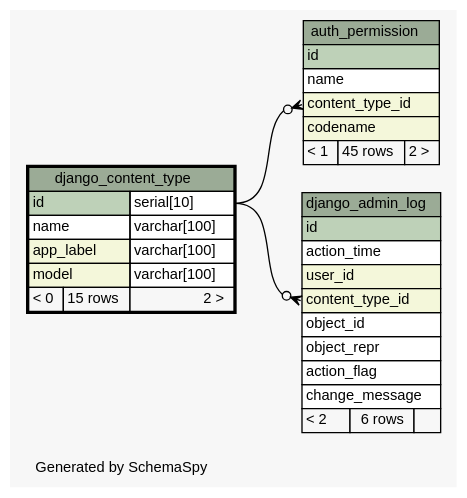
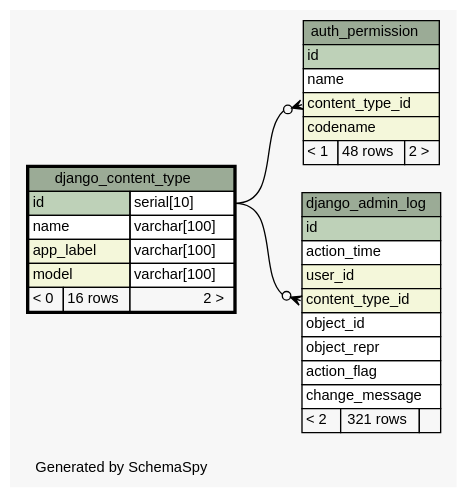
Before and after one commit to jingyayeah/multiscale-galactose: the diagram in database/schema/diagrams/django_content_type.1degree.dot, drawn with Graphviz. The commit also changed 108 other files, not shown here.

Commit message:
Updated database schema for the general implementation of integration settings

```diff
--- a/database/schema/diagrams/django_content_type.1degree.dot
+++ b/database/schema/diagrams/django_content_type.1degree.dot
@@ -1,67 +1,67 @@
 // dot 2.26.3 on Linux 3.11.0-12-generic
 // SchemaSpy rev 590
 digraph "oneDegreeRelationshipsDiagram" {
   graph [
     rankdir="RL"
     bgcolor="#f7f7f7"
     label="\nGenerated by SchemaSpy"
     labeljust="l"
     nodesep="0.18"
     ranksep="0.46"
     fontname="Helvetica"
     fontsize="11"
   ];
   node [
     fontname="Helvetica"
     fontsize="11"
     shape="plaintext"
   ];
   edge [
     arrowsize="0.8"
   ];
   "auth_permission":"content_type_id":w -> "django_content_type":"id.type":e [arrowhead=none dir=back arrowtail=crowodot];
   "django_admin_log":"content_type_id":w -> "django_content_type":"id.type":e [arrowhead=none dir=back arrowtail=crowodot];
   "auth_permission" [
     label=<
     <TABLE BORDER="0" CELLBORDER="1" CELLSPACING="0" BGCOLOR="#ffffff">
       <TR><TD COLSPAN="3" BGCOLOR="#9bab96" ALIGN="CENTER">auth_permission</TD></TR>
       <TR><TD PORT="id" COLSPAN="3" BGCOLOR="#bed1b8" ALIGN="LEFT">id</TD></TR>
       <TR><TD PORT="name" COLSPAN="3" ALIGN="LEFT">name</TD></TR>
       <TR><TD PORT="content_type_id" COLSPAN="3" BGCOLOR="#f4f7da" ALIGN="LEFT">content_type_id</TD></TR>
       <TR><TD PORT="codename" COLSPAN="3" BGCOLOR="#f4f7da" ALIGN="LEFT">codename</TD></TR>
-      <TR><TD ALIGN="LEFT" BGCOLOR="#f7f7f7">&lt; 1</TD><TD ALIGN="RIGHT" BGCOLOR="#f7f7f7">45 rows</TD><TD ALIGN="RIGHT" BGCOLOR="#f7f7f7">2 &gt;</TD></TR>
+      <TR><TD ALIGN="LEFT" BGCOLOR="#f7f7f7">&lt; 1</TD><TD ALIGN="RIGHT" BGCOLOR="#f7f7f7">48 rows</TD><TD ALIGN="RIGHT" BGCOLOR="#f7f7f7">2 &gt;</TD></TR>
     </TABLE>>
     URL="auth_permission.html"
     tooltip="auth_permission"
   ];
   "django_admin_log" [
     label=<
     <TABLE BORDER="0" CELLBORDER="1" CELLSPACING="0" BGCOLOR="#ffffff">
       <TR><TD COLSPAN="3" BGCOLOR="#9bab96" ALIGN="CENTER">django_admin_log</TD></TR>
       <TR><TD PORT="id" COLSPAN="3" BGCOLOR="#bed1b8" ALIGN="LEFT">id</TD></TR>
       <TR><TD PORT="action_time" COLSPAN="3" ALIGN="LEFT">action_time</TD></TR>
       <TR><TD PORT="user_id" COLSPAN="3" BGCOLOR="#f4f7da" ALIGN="LEFT">user_id</TD></TR>
       <TR><TD PORT="content_type_id" COLSPAN="3" BGCOLOR="#f4f7da" ALIGN="LEFT">content_type_id</TD></TR>
       <TR><TD PORT="object_id" COLSPAN="3" ALIGN="LEFT">object_id</TD></TR>
       <TR><TD PORT="object_repr" COLSPAN="3" ALIGN="LEFT">object_repr</TD></TR>
       <TR><TD PORT="action_flag" COLSPAN="3" ALIGN="LEFT">action_flag</TD></TR>
       <TR><TD PORT="change_message" COLSPAN="3" ALIGN="LEFT">change_message</TD></TR>
-      <TR><TD ALIGN="LEFT" BGCOLOR="#f7f7f7">&lt; 2</TD><TD ALIGN="RIGHT" BGCOLOR="#f7f7f7">6 rows</TD><TD ALIGN="RIGHT" BGCOLOR="#f7f7f7">  </TD></TR>
+      <TR><TD ALIGN="LEFT" BGCOLOR="#f7f7f7">&lt; 2</TD><TD ALIGN="RIGHT" BGCOLOR="#f7f7f7">321 rows</TD><TD ALIGN="RIGHT" BGCOLOR="#f7f7f7">  </TD></TR>
     </TABLE>>
     URL="django_admin_log.html"
     tooltip="django_admin_log"
   ];
   "django_content_type" [
     label=<
     <TABLE BORDER="2" CELLBORDER="1" CELLSPACING="0" BGCOLOR="#ffffff">
       <TR><TD COLSPAN="3" BGCOLOR="#9bab96" ALIGN="CENTER">django_content_type</TD></TR>
       <TR><TD PORT="id" COLSPAN="2" BGCOLOR="#bed1b8" ALIGN="LEFT">id</TD><TD PORT="id.type" ALIGN="LEFT">serial[10]</TD></TR>
       <TR><TD PORT="name" COLSPAN="2" ALIGN="LEFT">name</TD><TD PORT="name.type" ALIGN="LEFT">varchar[100]</TD></TR>
       <TR><TD PORT="app_label" COLSPAN="2" BGCOLOR="#f4f7da" ALIGN="LEFT">app_label</TD><TD PORT="app_label.type" ALIGN="LEFT">varchar[100]</TD></TR>
       <TR><TD PORT="model" COLSPAN="2" BGCOLOR="#f4f7da" ALIGN="LEFT">model</TD><TD PORT="model.type" ALIGN="LEFT">varchar[100]</TD></TR>
-      <TR><TD ALIGN="LEFT" BGCOLOR="#f7f7f7">&lt; 0</TD><TD ALIGN="RIGHT" BGCOLOR="#f7f7f7">15 rows</TD><TD ALIGN="RIGHT" BGCOLOR="#f7f7f7">2 &gt;</TD></TR>
+      <TR><TD ALIGN="LEFT" BGCOLOR="#f7f7f7">&lt; 0</TD><TD ALIGN="RIGHT" BGCOLOR="#f7f7f7">16 rows</TD><TD ALIGN="RIGHT" BGCOLOR="#f7f7f7">2 &gt;</TD></TR>
     </TABLE>>
     URL="django_content_type.html"
     tooltip="django_content_type"
   ];
 }
```
